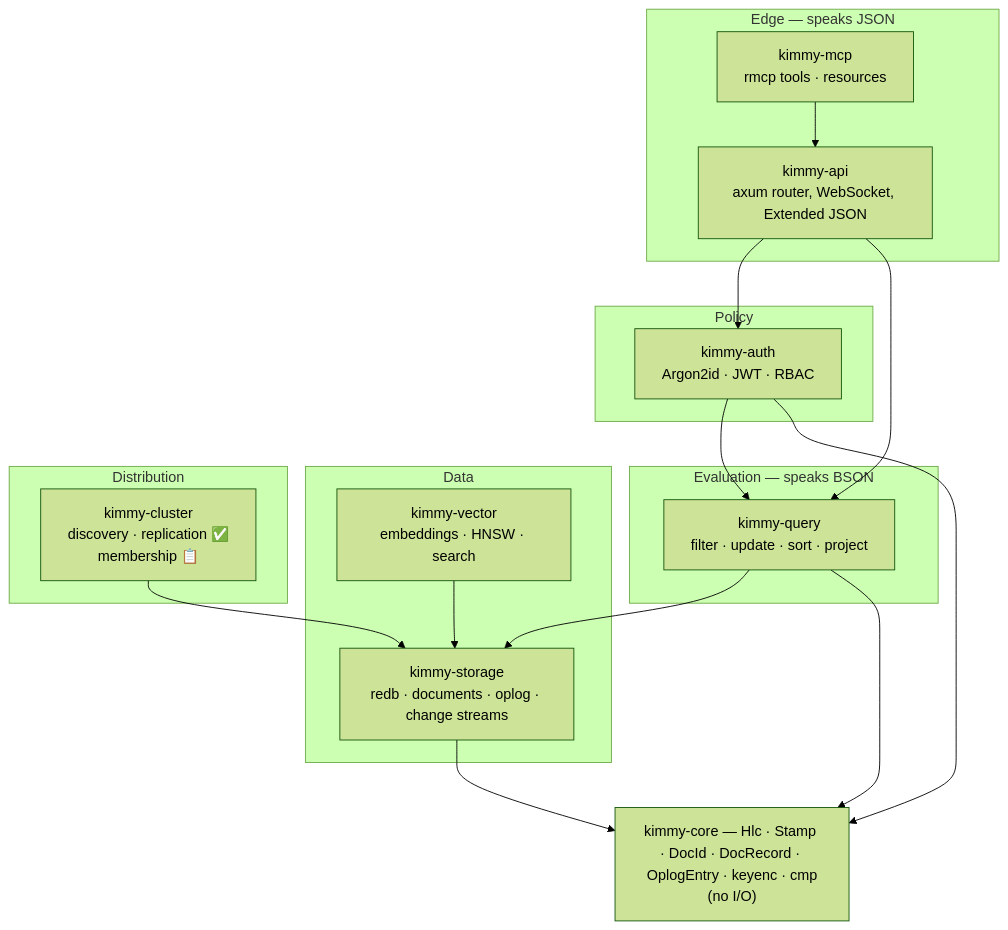
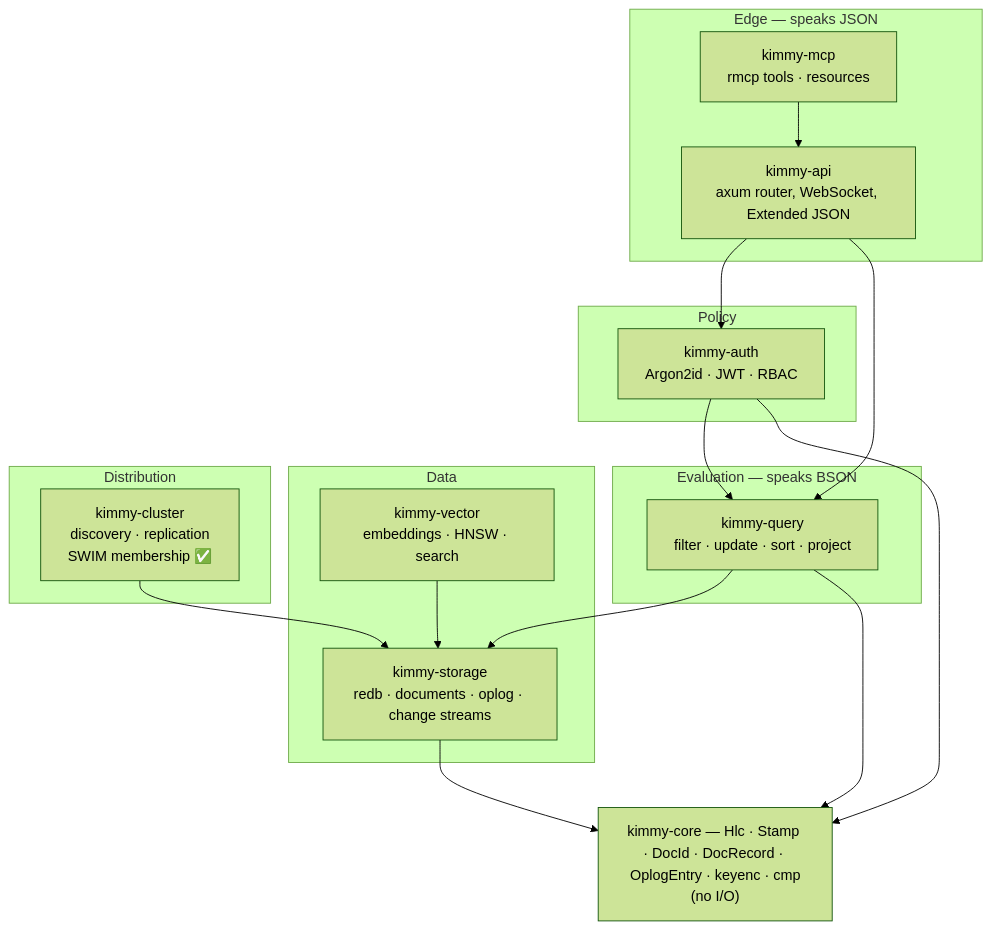
The third of 5 diagrams in docs/architecture.md (titusai-io/kimmydb), drawn with Mermaid (forest theme) before and after one commit. The commit also changed other lines of this file and 16 other files, not shown here.

````diff
--- a/docs/architecture.md
+++ b/docs/architecture.md
@@ -69,37 +69,37 @@
 ```mermaid
 graph TB
     subgraph EDGE["Edge — speaks JSON"]
         API["kimmy-api<br/>axum router, WebSocket, Extended JSON"]
         MCP["kimmy-mcp<br/>rmcp tools · resources"]
     end
 
     subgraph POLICY["Policy"]
         AUTH["kimmy-auth<br/>Argon2id · JWT · RBAC"]
     end
 
     subgraph LOGIC["Evaluation — speaks BSON"]
         QRY["kimmy-query<br/>filter · update · sort · project"]
     end
 
     subgraph DATA["Data"]
         STO["kimmy-storage<br/>redb · documents · oplog · change streams"]
         VEC["kimmy-vector<br/>embeddings · HNSW · search"]
     end
 
     subgraph DIST["Distribution"]
-        CLU["kimmy-cluster<br/>discovery · replication ✅<br/>membership 📋"]
+        CLU["kimmy-cluster<br/>discovery · replication<br/>SWIM membership ✅"]
     end
 
     CORE["kimmy-core — Hlc · Stamp · DocId · DocRecord · OplogEntry · keyenc · cmp<br/>(no I/O)"]
 
     API --> AUTH
     MCP --> API
     AUTH --> QRY
     API --> QRY
     QRY --> STO
     VEC --> STO
     CLU --> STO
     STO --> CORE
     QRY --> CORE
     AUTH --> CORE
 ```
````
